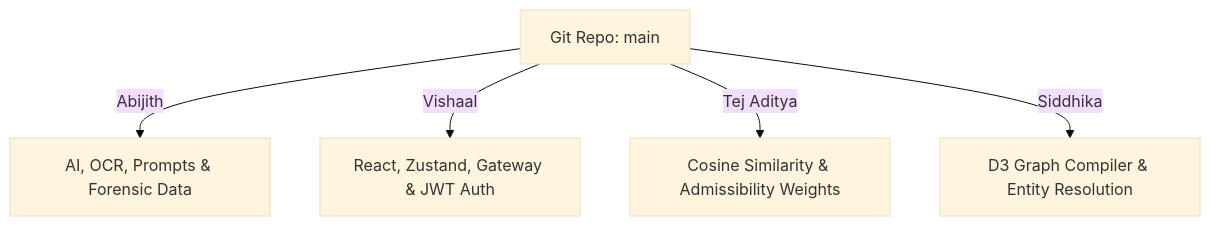
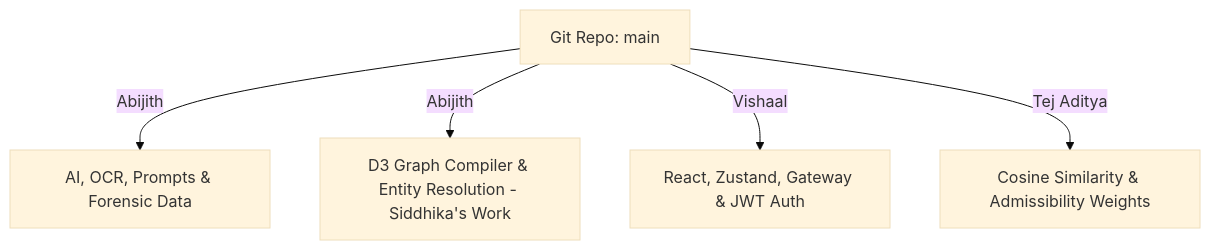
Before and after one commit to abi131205/VAJRA.AI: the second of 2 diagrams in README.md, drawn with Mermaid (base theme). The commit also changed other lines of this file and 88 other files, not shown here.

````diff
--- a/README.md
+++ b/README.md
@@ -76,7 +126,7 @@
 ```mermaid
 graph TD
     Repo[Git Repo: main] -->|Abijith| AI[AI, OCR, Prompts & Forensic Data]
+    Repo -->|Abijith| Viz[D3 Graph Compiler & Entity Resolution - Siddhika's Work]
     Repo -->|Vishaal| Fullstack[React, Zustand, Gateway & JWT Auth]
     Repo -->|Tej Aditya| ML[Cosine Similarity & Admissibility Weights]
-    Repo -->|Siddhika| Viz[D3 Graph Compiler & Entity Resolution]
 ```
````
